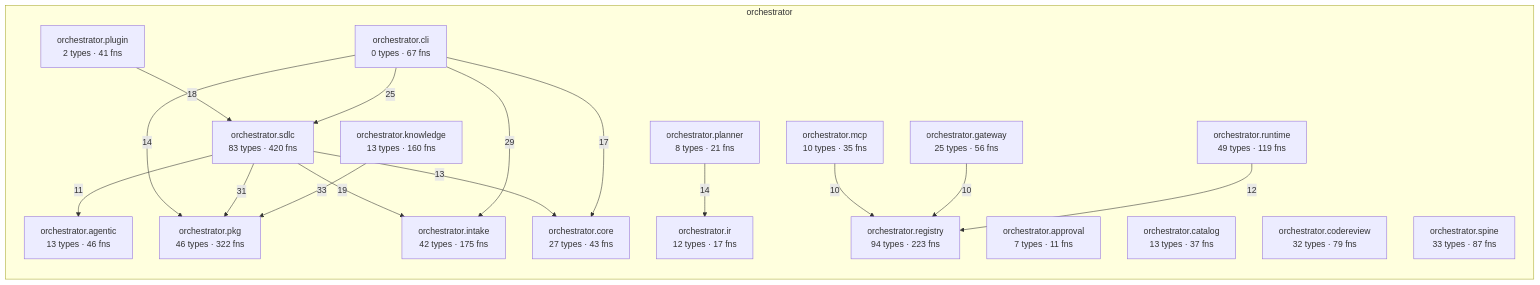
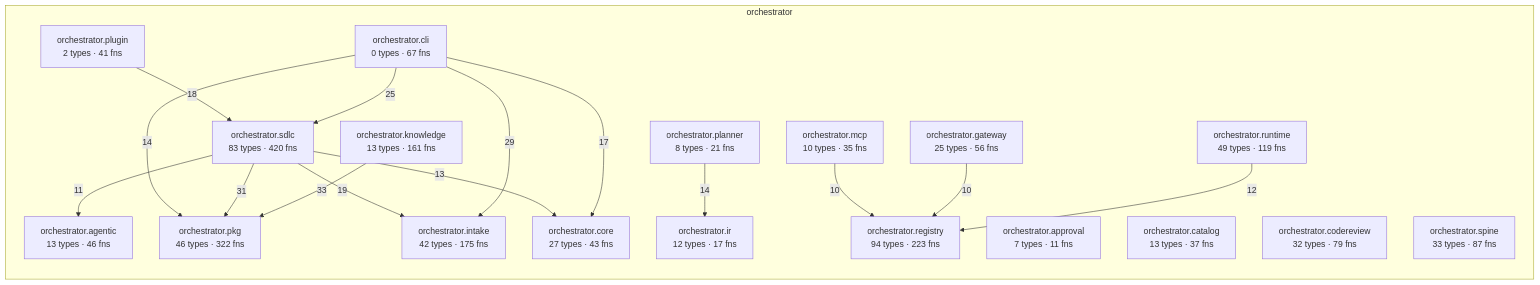
Before and after one commit to synaptixs/spine: the diagram in episteme/architecture.md, drawn with Mermaid. The commit also changed other lines of this file and 41 other files, not shown here.

````diff
--- a/episteme/architecture.md
+++ b/episteme/architecture.md
@@ -54,37 +54,37 @@
 ```mermaid
 flowchart LR
   subgraph z_orchestrator["orchestrator"]
     aorchestratoragentic["orchestrator.agentic<br/>13 types · 46 fns"]
     aorchestratorapproval["orchestrator.approval<br/>7 types · 11 fns"]
     aorchestratorcatalog["orchestrator.catalog<br/>13 types · 37 fns"]
     aorchestratorcli["orchestrator.cli<br/>0 types · 67 fns"]
     aorchestratorcodereview["orchestrator.codereview<br/>32 types · 79 fns"]
     aorchestratorcore["orchestrator.core<br/>27 types · 43 fns"]
     aorchestratorgateway["orchestrator.gateway<br/>25 types · 56 fns"]
     aorchestratorintake["orchestrator.intake<br/>42 types · 175 fns"]
     aorchestratorir["orchestrator.ir<br/>12 types · 17 fns"]
-    aorchestratorknowledge["orchestrator.knowledge<br/>13 types · 160 fns"]
+    aorchestratorknowledge["orchestrator.knowledge<br/>13 types · 161 fns"]
     aorchestratormcp["orchestrator.mcp<br/>10 types · 35 fns"]
     aorchestratorpkg["orchestrator.pkg<br/>46 types · 322 fns"]
     aorchestratorplanner["orchestrator.planner<br/>8 types · 21 fns"]
     aorchestratorplugin["orchestrator.plugin<br/>2 types · 41 fns"]
     aorchestratorregistry["orchestrator.registry<br/>94 types · 223 fns"]
     aorchestratorruntime["orchestrator.runtime<br/>49 types · 119 fns"]
     aorchestratorsdlc["orchestrator.sdlc<br/>83 types · 420 fns"]
     aorchestratorspine["orchestrator.spine<br/>33 types · 87 fns"]
   end
   aorchestratorknowledge -->|33| aorchestratorpkg
   aorchestratorsdlc -->|31| aorchestratorpkg
   aorchestratorcli -->|29| aorchestratorintake
   aorchestratorcli -->|25| aorchestratorsdlc
   aorchestratorsdlc -->|19| aorchestratorintake
   aorchestratorplugin -->|18| aorchestratorsdlc
   aorchestratorcli -->|17| aorchestratorcore
   aorchestratorcli -->|14| aorchestratorpkg
   aorchestratorplanner -->|14| aorchestratorir
   aorchestratorsdlc -->|13| aorchestratorcore
   aorchestratorruntime -->|12| aorchestratorregistry
   aorchestratorsdlc -->|11| aorchestratoragentic
   aorchestratorgateway -->|10| aorchestratorregistry
   aorchestratormcp -->|10| aorchestratorregistry
 ```
````
